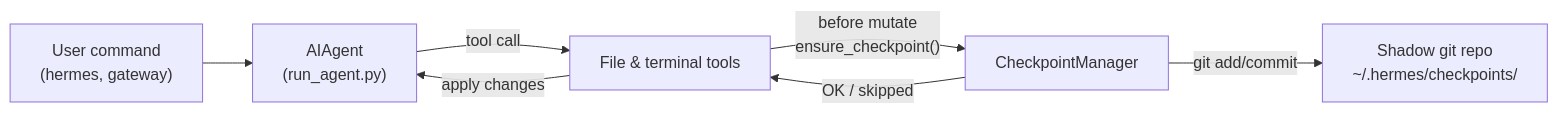
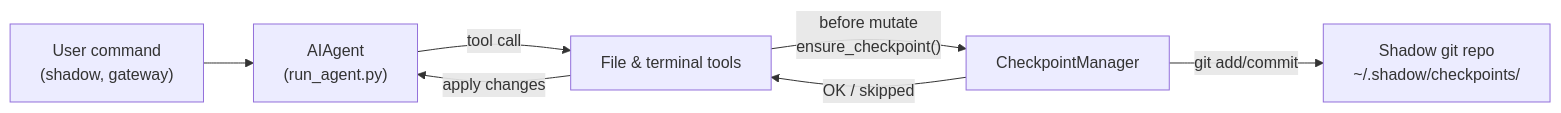
One commit to sadadonline17-oss/yousef-shtiwe-worm-v2 changed the diagram in website/docs/user-guide/checkpoints-and-rollback.md. Above: the diagram before and after it, drawn with Mermaid. The commit also changed other lines of this file and 974 other files, not shown here.

````diff
--- a/website/docs/user-guide/checkpoints-and-rollback.md
+++ b/website/docs/user-guide/checkpoints-and-rollback.md
@@ -43,15 +43,15 @@
 ```mermaid
 flowchart LR
-  user["User command\n(hermes, gateway)"]
+  user["User command\n(shadow, gateway)"]
   agent["AIAgent\n(run_agent.py)"]
   tools["File & terminal tools"]
   cpMgr["CheckpointManager"]
-  shadowRepo["Shadow git repo\n~/.hermes/checkpoints/<hash>"]
+  shadowRepo["Shadow git repo\n~/.shadow/checkpoints/<hash>"]
 
   user --> agent
   agent -->|"tool call"| tools
   tools -->|"before mutate\nensure_checkpoint()"| cpMgr
   cpMgr -->|"git add/commit"| shadowRepo
   cpMgr -->|"OK / skipped"| tools
   tools -->|"apply changes"| agent
 ```
````
